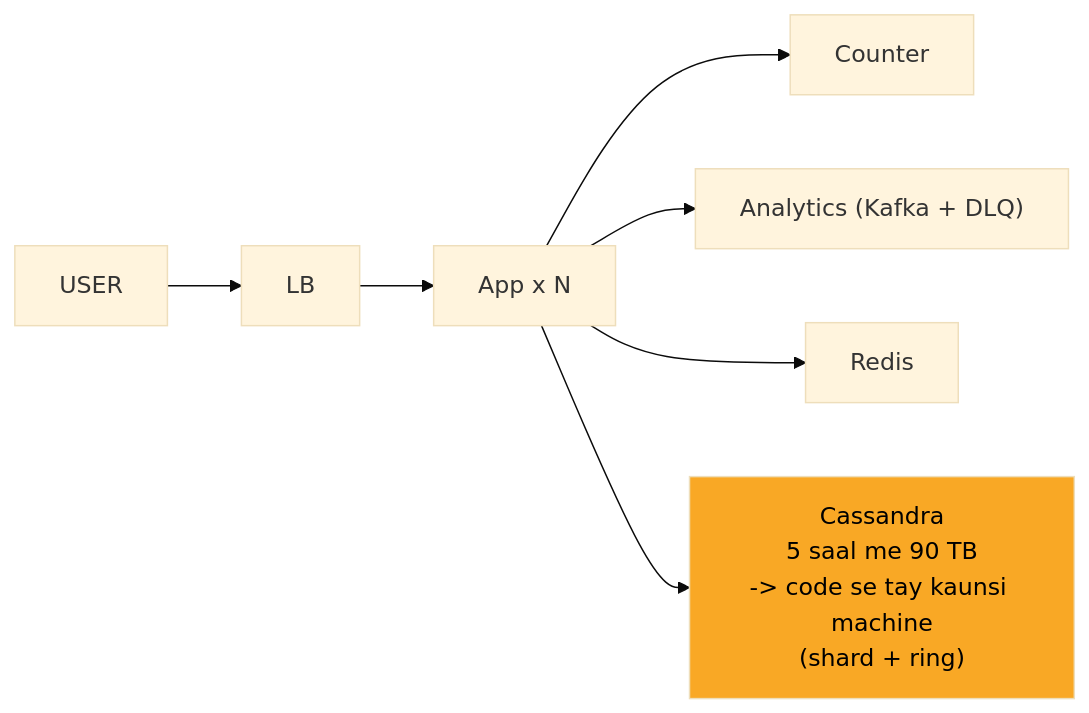
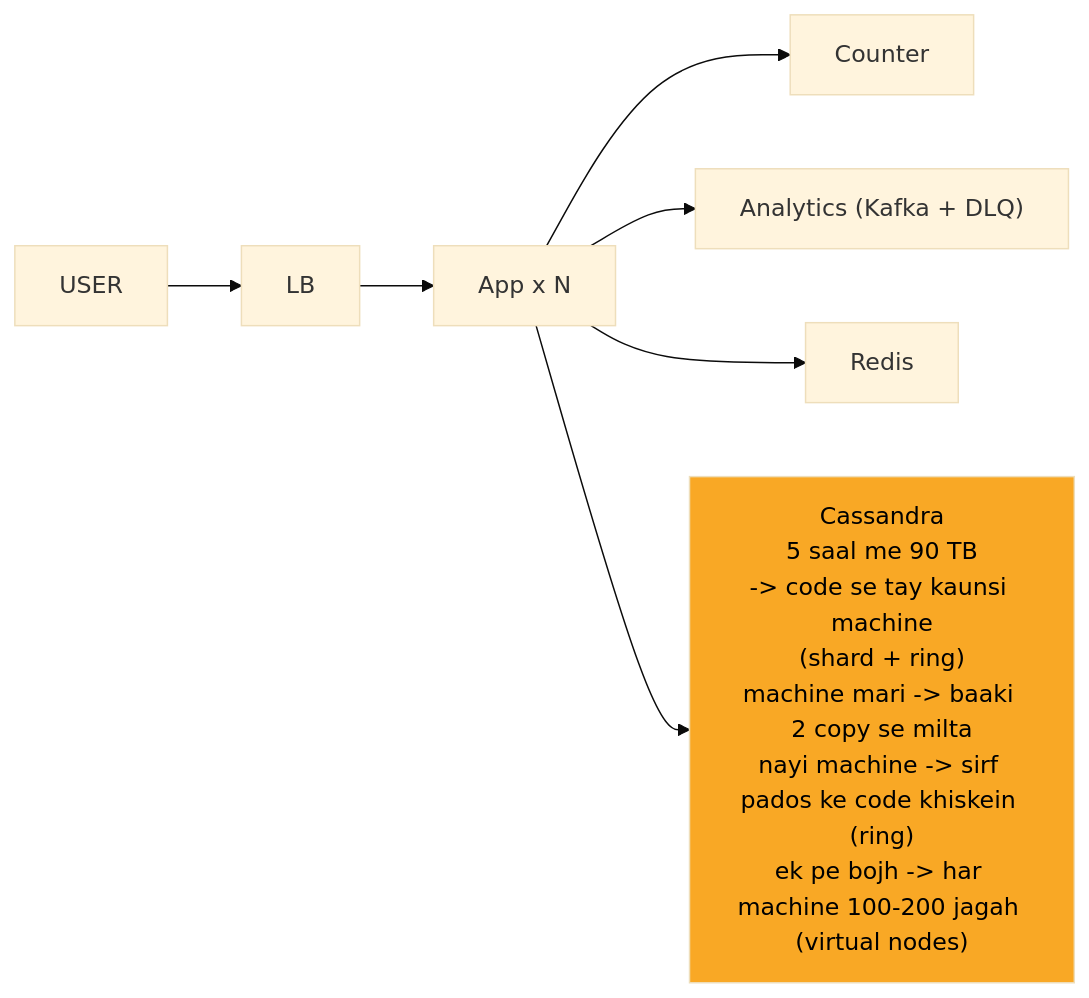
Before and after one commit to ArpanMaheshwari144/Prep: the sixth of 10 diagrams in 04_HLD/SYSTEM_DESIGNS/01_url_shortener/01_url_shortener.md, drawn with Mermaid (base theme). The commit also changed other lines of this file, not shown here.

Commit message:
url shortener: peele dabbe me SAFAR ke mod (diagram padhte hi sab mile)

````diff
--- a/04_HLD/SYSTEM_DESIGNS/01_url_shortener/01_url_shortener.md
+++ b/04_HLD/SYSTEM_DESIGNS/01_url_shortener/01_url_shortener.md
@@ -266,17 +266,17 @@
 ```mermaid
 flowchart LR
     n_USER["USER"]
     n_LB["LB"]
     n_App_xN["App x N"]
     n_Counter["Counter"]
     n_ANA["Analytics (Kafka + DLQ)"]
     n_Redis["Redis"]
-    n_Cassandra["Cassandra<br/>5 saal me 90 TB<br/>-> code se tay kaunsi machine<br/>(shard + ring)"]
+    n_Cassandra["Cassandra<br/>5 saal me 90 TB<br/>-> code se tay kaunsi machine<br/>(shard + ring)<br/>machine mari -> baaki 2 copy se milta<br/>nayi machine -> sirf pados ke code khiskein (ring)<br/>ek pe bojh -> har machine 100-200 jagah (virtual nodes)"]
     n_USER --> n_LB
     n_LB --> n_App_xN
     n_App_xN --> n_Counter
     n_App_xN --> n_ANA
     n_App_xN --> n_Redis
     n_App_xN --> n_Cassandra
     style n_Cassandra fill:#f9a825,color:#000
 ```
````
